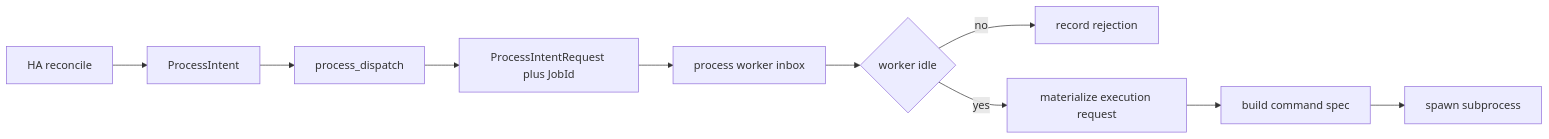
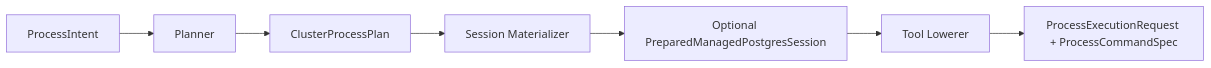
The second of 3 diagrams in docs/src/explanation/process-management.md (djosh34/pgtuskmaster_rust), drawn with Mermaid before and after one commit. The commit also changed other lines of this file and 16 other files, not shown here.

First line of the commit message:
task finished 08-task-split-process-planning-from-managed-postgres-session-materialization-and-external-tool-execution: split process planning/session/tool boundaries

````diff
--- a/docs/src/explanation/process-management.md
+++ b/docs/src/explanation/process-management.md
@@ -66,12 +23,9 @@
 ```mermaid
 flowchart LR
-    A[HA reconcile] --> B[ProcessIntent]
-    B --> C[process_dispatch]
-    C --> D[ProcessIntentRequest plus JobId]
-    D --> E[process worker inbox]
-    E --> F{worker idle}
-    F -- no --> G[record rejection]
-    F -- yes --> H[materialize execution request]
-    H --> I[build command spec]
-    I --> J[spawn subprocess]
+    A[ProcessIntent] --> B[Planner]
+    B --> C[ClusterProcessPlan]
+    C --> D[Session Materializer]
+    D --> E[Optional PreparedManagedPostgresSession]
+    E --> F[Tool Lowerer]
+    F --> G[ProcessExecutionRequest + ProcessCommandSpec]
 ```
````
